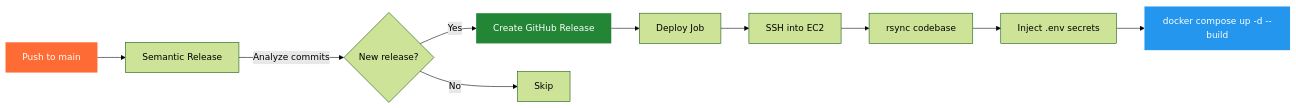
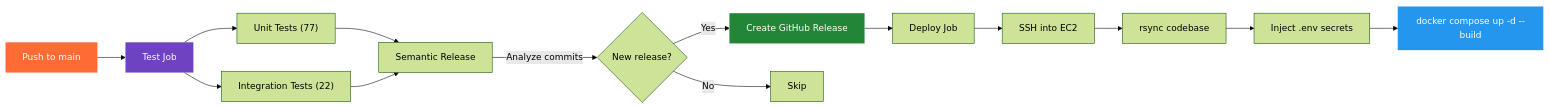
The third of 4 diagrams in readme.md (986913/WHATTOEAT), drawn with Mermaid (forest theme) before and after one commit. The commit also changed other lines of this file and 11 other files, not shown here.

Commit message:
test: add unit tests and integration tests

````diff
--- a/readme.md
+++ b/readme.md
@@ -180,17 +190,21 @@
 ```mermaid
 flowchart LR
-    A["Push to main"] --> B["Semantic Release"]
+    A["Push to main"] --> T["Test Job"]
+    T --> T1["Unit Tests (77)"]
+    T --> T2["Integration Tests (22)"]
+    T1 & T2 --> B["Semantic Release"]
     B -->|"Analyze commits"| C{"New release?"}
     C -->|"Yes"| D["Create GitHub Release"]
     D --> E["Deploy Job"]
     C -->|"No"| F["Skip"]
 
     E --> E1["SSH into EC2"]
     E1 --> E2["rsync codebase"]
     E2 --> E3["Inject .env secrets"]
     E3 --> E4["docker compose up -d --build"]
 
     style A fill:#FF6B35,color:#fff,stroke:none
+    style T fill:#6f42c1,color:#fff,stroke:none
     style D fill:#238636,color:#fff,stroke:none
     style E4 fill:#2496ED,color:#fff,stroke:none
 ```
````
